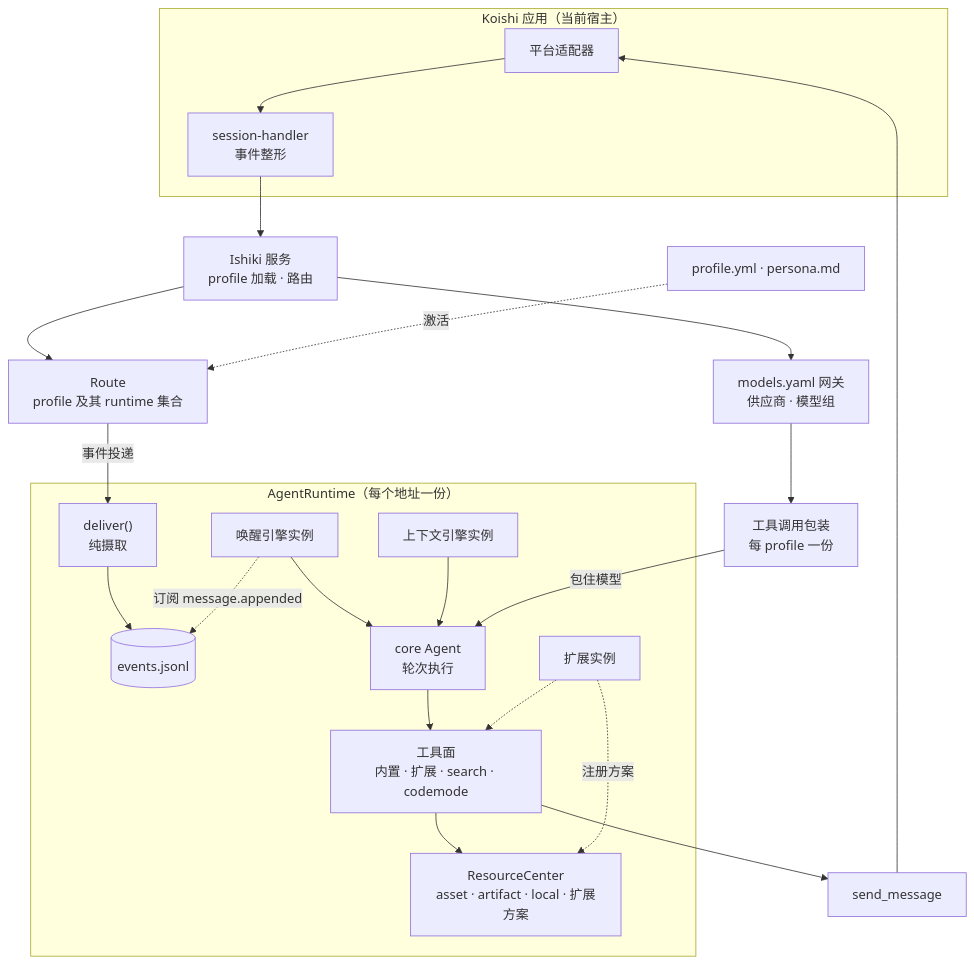
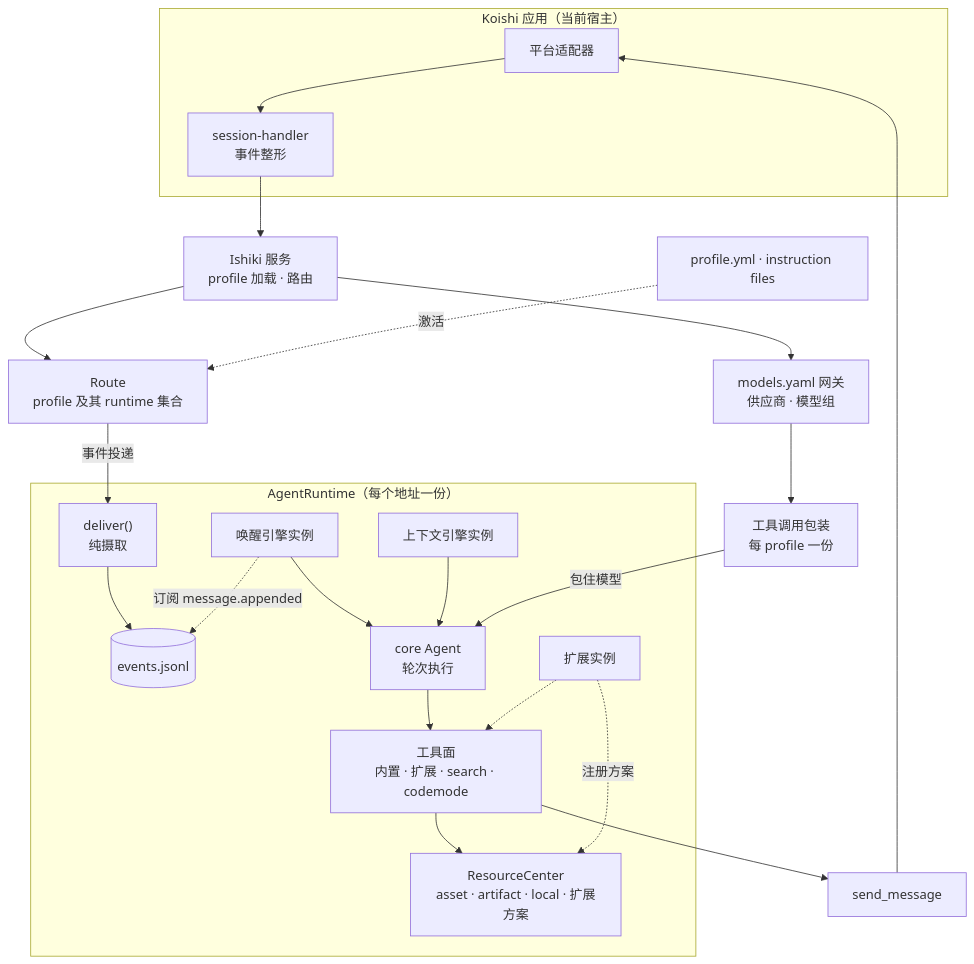
The diagram in docs/content/docs/explanations/architecture.mdx (YesWeAreBot/ishiki), drawn with Mermaid before and after one commit. The commit also changed other lines of this file and 19 other files, not shown here.

First line of the commit message:
feat(profile): replaced persona.md with a configurable instructions file list

````diff
--- a/docs/content/docs/explanations/architecture.mdx
+++ b/docs/content/docs/explanations/architecture.mdx
@@ -91,29 +91,29 @@
 ```mermaid
 flowchart TB
     subgraph HOST["Koishi 应用（当前宿主）"]
         ADAPTER["平台适配器"] --> HANDLER["session-handler<br/>事件整形"]
     end
 
     HANDLER --> ISHIKI["Ishiki 服务<br/>profile 加载 · 路由"]
     ISHIKI --> GATEWAY["models.yaml 网关<br/>供应商 · 模型组"]
     ISHIKI --> ROUTE["Route<br/>profile 及其 runtime 集合"]
-    PROFILE["profile.yml · persona.md"] -.->|"激活"| ROUTE
+    PROFILE["profile.yml · instruction files"] -.->|"激活"| ROUTE
 
     GATEWAY --> WRAP["工具调用包装<br/>每 profile 一份"]
     ROUTE -->|"事件投递"| DELIVER
 
     subgraph RUNTIME["AgentRuntime（每个地址一份）"]
         DELIVER["deliver()<br/>纯摄取"] --> FACT[("events.jsonl")]
         WAKE["唤醒引擎实例"] -.->|"订阅 message.appended"| FACT
         WAKE --> AGENT["core Agent<br/>轮次执行"]
         CTX["上下文引擎实例"] --> AGENT
         AGENT --> TOOLS["工具面<br/>内置 · 扩展 · search · codemode"]
         TOOLS --> CENTER["ResourceCenter<br/>asset · artifact · local · 扩展方案"]
         EXT["扩展实例"] -.-> TOOLS
         EXT -.->|"注册方案"| CENTER
     end
 
     WRAP -->|"包住模型"| AGENT
     TOOLS --> SEND["send_message"]
     SEND --> ADAPTER
 ```
````
